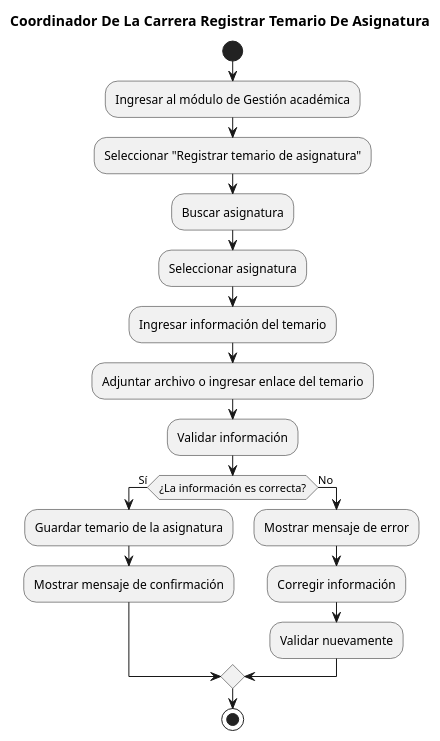
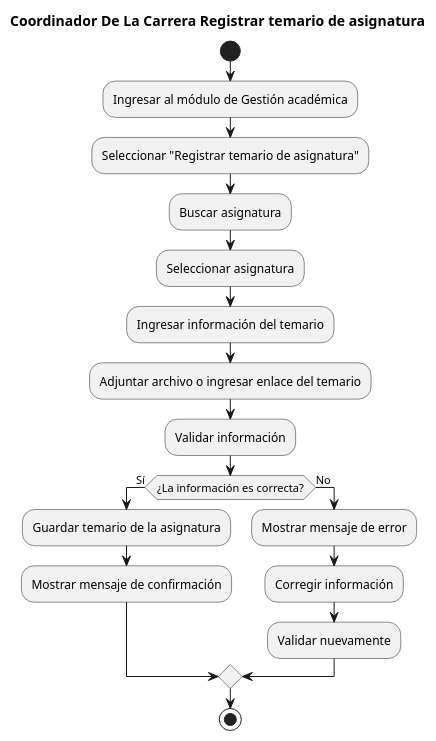
The diagram in em_m4_uc06_diagrama_actividad.puml (Amefer/26b_is1_proyecto-final), drawn with PlantUML before and after one commit.

Commit message:
Fix title casing in activity diagram

```diff
--- a/em_m4_uc06_diagrama_actividad.puml
+++ b/em_m4_uc06_diagrama_actividad.puml
@@ -1,24 +1,24 @@
 @startuml
-title Coordinador De La Carrera Registrar Temario De Asignatura
+title Coordinador De La Carrera Registrar temario de asignatura
 
 start
 
 :Ingresar al módulo de Gestión académica;
 :Seleccionar "Registrar temario de asignatura";
 :Buscar asignatura;
 :Seleccionar asignatura;
 :Ingresar información del temario;
 :Adjuntar archivo o ingresar enlace del temario;
 :Validar información;
 
 if (¿La información es correcta?) then (Sí)
     :Guardar temario de la asignatura;
     :Mostrar mensaje de confirmación;
 else (No)
     :Mostrar mensaje de error;
     :Corregir información;
     :Validar nuevamente;
 endif
 
 stop
 @enduml
```
